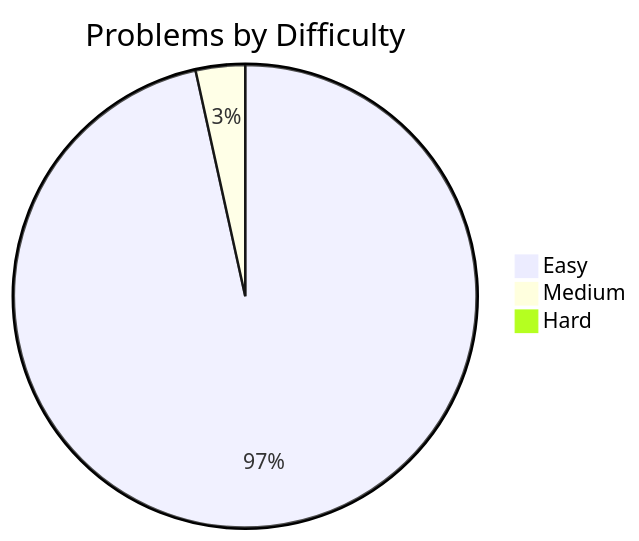
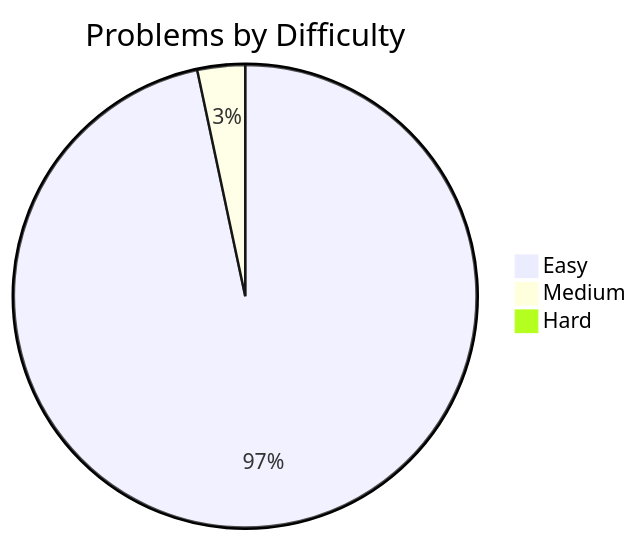
Before and after one commit to davelin18yufan/leetcode-journal: the diagram in README.md, drawn with Mermaid. The commit also changed other lines of this file and 6 other files, not shown here.

````diff
--- a/README.md
+++ b/README.md
@@ -7,7 +7,7 @@
 ```mermaid
 pie
     title Problems by Difficulty
-    "Easy" : 28
+    "Easy" : 29
     "Medium" : 1
     "Hard" : 0
 ```
````
